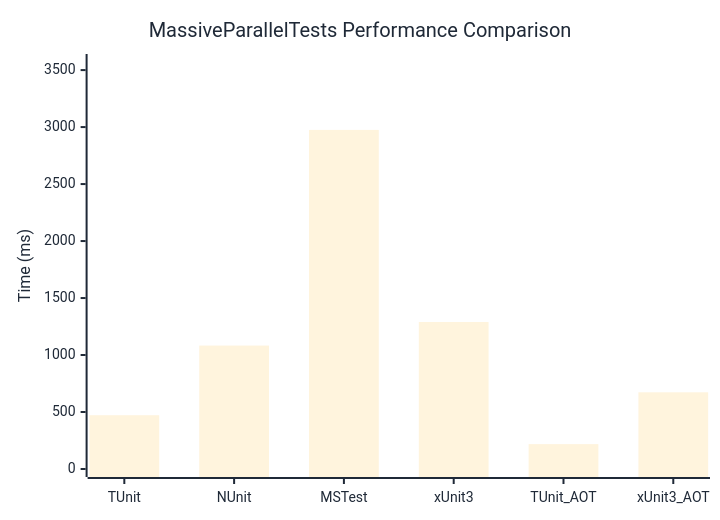
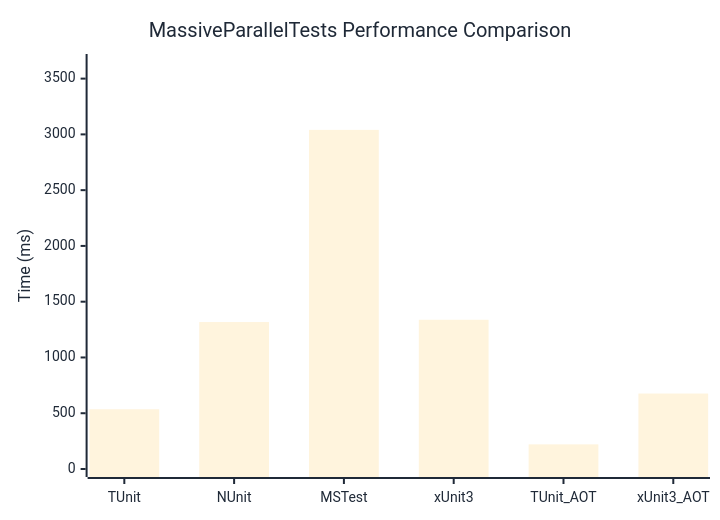
The diagram in docs/docs/benchmarks/engine/MassiveParallelTests.md (thomhurst/TUnit), drawn with Mermaid before and after one commit. The commit also changed other lines of this file and 18 other files, not shown here.

````diff
--- a/docs/docs/benchmarks/engine/MassiveParallelTests.md
+++ b/docs/docs/benchmarks/engine/MassiveParallelTests.md
@@ -30,37 +30,37 @@
 ```mermaid
 %%{init: {
   'theme':'base',
   'themeVariables': {
     'primaryColor': '#2563eb',
     'primaryTextColor': '#1f2937',
     'primaryBorderColor': '#1e40af',
     'lineColor': '#6b7280',
     'secondaryColor': '#7c3aed',
     'tertiaryColor': '#dc2626',
     'background': '#ffffff',
     'mainBkg': '#2563eb',
     'secondBkg': '#7c3aed',
     'tertiaryBkg': '#dc2626',
     'clusterBkg': '#f3f4f6',
     'edgeLabelBackground': '#ffffff',
     'tertiaryTextColor': '#1f2937',
     'pie1': '#2563eb',
     'pie2': '#7c3aed',
     'pie3': '#dc2626',
     'pie4': '#f59e0b',
     'pie5': '#10b981',
     'pie6': '#06b6d4',
     'pie7': '#ec4899',
     'pie8': '#6366f1',
     'pie9': '#84cc16',
     'pie10': '#f97316',
     'pie11': '#14b8a6',
     'pie12': '#a855f7'
   }
 }}%%
 xychart-beta
   title "MassiveParallelTests Performance Comparison"
   x-axis ["TUnit", "NUnit", "MSTest", "xUnit3", "TUnit_AOT", "xUnit3_AOT"]
-  y-axis "Time (ms)" 0 --> 3571
-  bar [471.8, 1083, 2975.1, 1289.6, 218.2, 673]
+  y-axis "Time (ms)" 0 --> 3649
+  bar [535.8, 1317.5, 3040.5, 1337.9, 220.9, 676.7]
 ```
````
